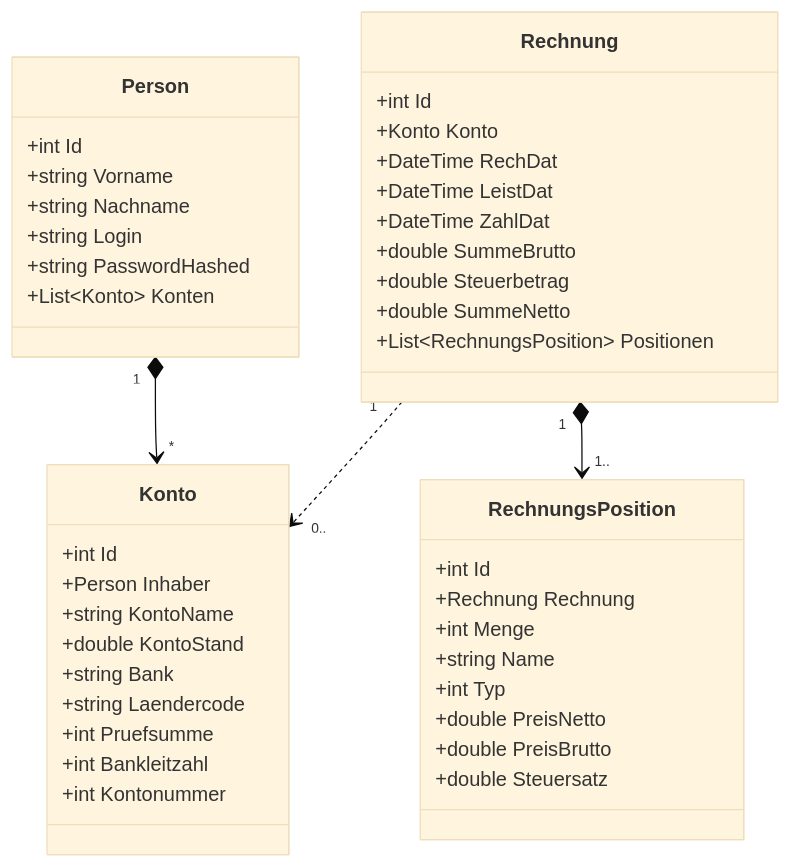
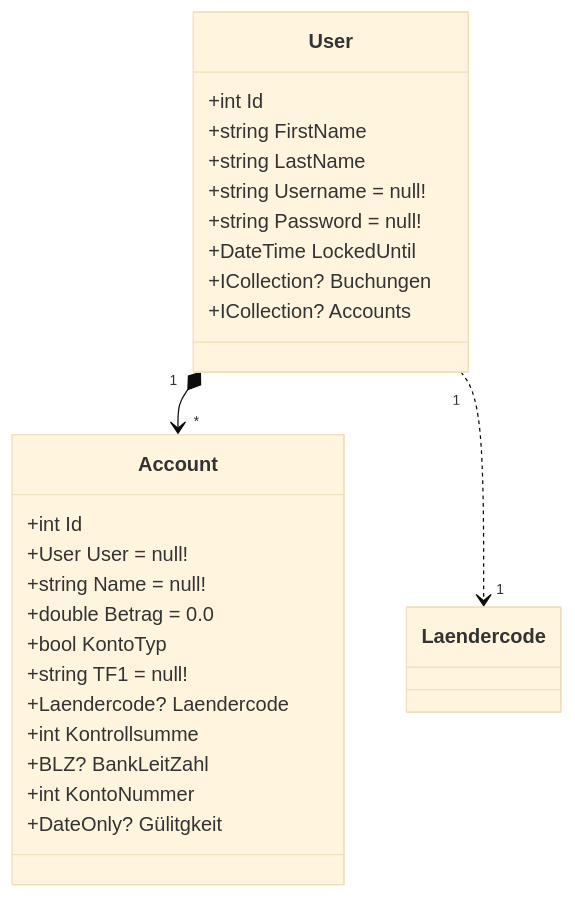
Before and after one commit to Julcraftlp/BFT21-Endprojekt_Finanzmanager: the second of 2 diagrams in README.md, drawn with Mermaid (base theme). The commit also changed other lines of this file, not shown here.

````diff
--- a/README.md
+++ b/README.md
@@ -5,42 +26,26 @@
 ```mermaid
 classDiagram 
-Person "1" *--> "*" Konto
-Rechnung "1" *--> "1.." RechnungsPosition
-Rechnung "1" ..> "0.." Konto
+User "1" *--> "*" Account
+User "1" ..> "1"Laendercode
 
-Person : +int Id
-Person : +string Vorname
-Person : +string Nachname
-Person : +string Login
-Person : +string PasswordHashed
-Person : +List~Konto~ Konten
+User : +int Id
+User : +string FirstName
+User : +string LastName
+User : +string Username = null!
+User : +string Password = null!
+User : +DateTime LockedUntil
+User : +ICollection<Invoice>? Buchungen
+User : +ICollection<Account>? Accounts
 
-Konto : +int Id
-Konto : +Person Inhaber
-Konto : +string KontoName
-Konto : +double KontoStand
-Konto : +string Bank
-Konto : +string Laendercode
-Konto : +int Pruefsumme
-Konto : +int Bankleitzahl
-Konto : +int Kontonummer
-
-Rechnung : +int Id
-Rechnung : +Konto Konto
-Rechnung : +DateTime RechDat
-Rechnung : +DateTime LeistDat
-Rechnung : +DateTime ZahlDat
-Rechnung : +double SummeBrutto
-Rechnung : +double Steuerbetrag
-Rechnung : +double SummeNetto
-Rechnung : +List~RechnungsPosition~ Positionen
-
-RechnungsPosition : +int Id
-RechnungsPosition : +Rechnung Rechnung
-RechnungsPosition : +int Menge
-RechnungsPosition : +string Name
-RechnungsPosition : +int Typ
-RechnungsPosition : +double PreisNetto
-RechnungsPosition : +double PreisBrutto
-RechnungsPosition : +double Steuersatz
+Account : +int Id
+Account : +User User = null!
+Account : +string Name = null!
+Account : +double Betrag = 0.0
+Account : +bool KontoTyp
+Account : +string TF1 = null!
+Account : +Laendercode? Laendercode
+Account : +int Kontrollsumme
+Account : +BLZ? BankLeitZahl
+Account : +int KontoNummer
+Account : +DateOnly? Gülitgkeit
 ```
````
